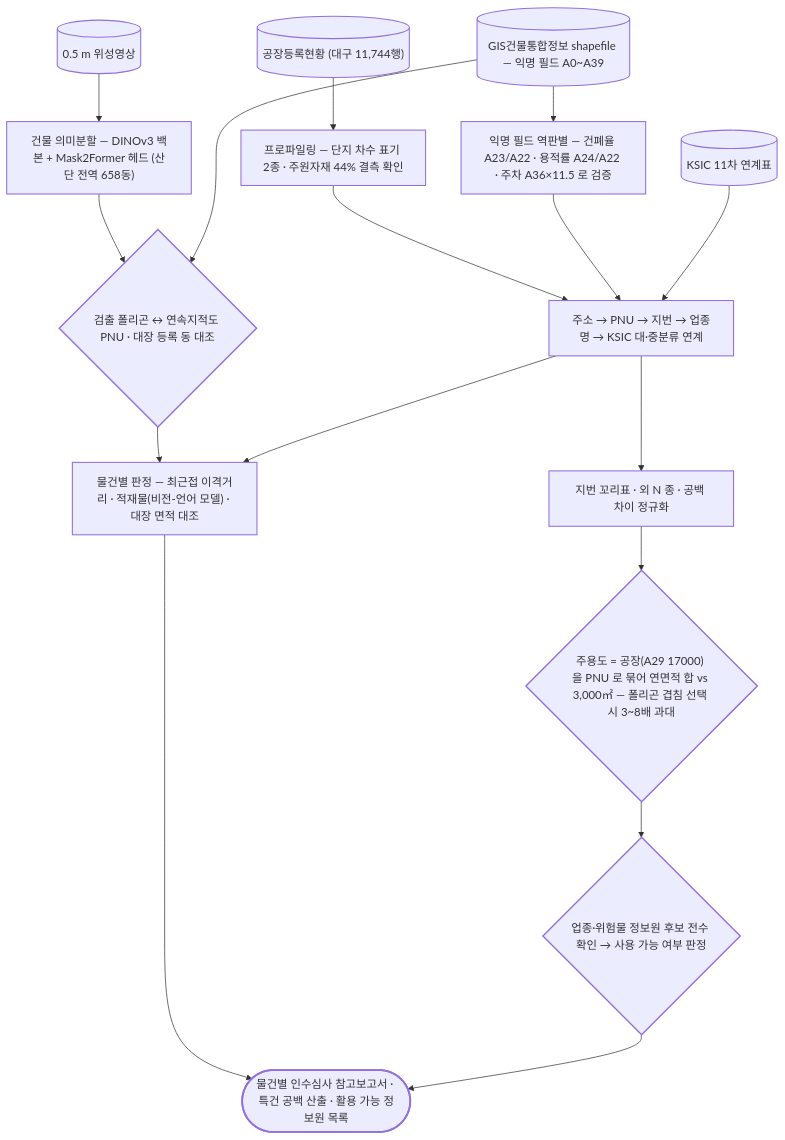
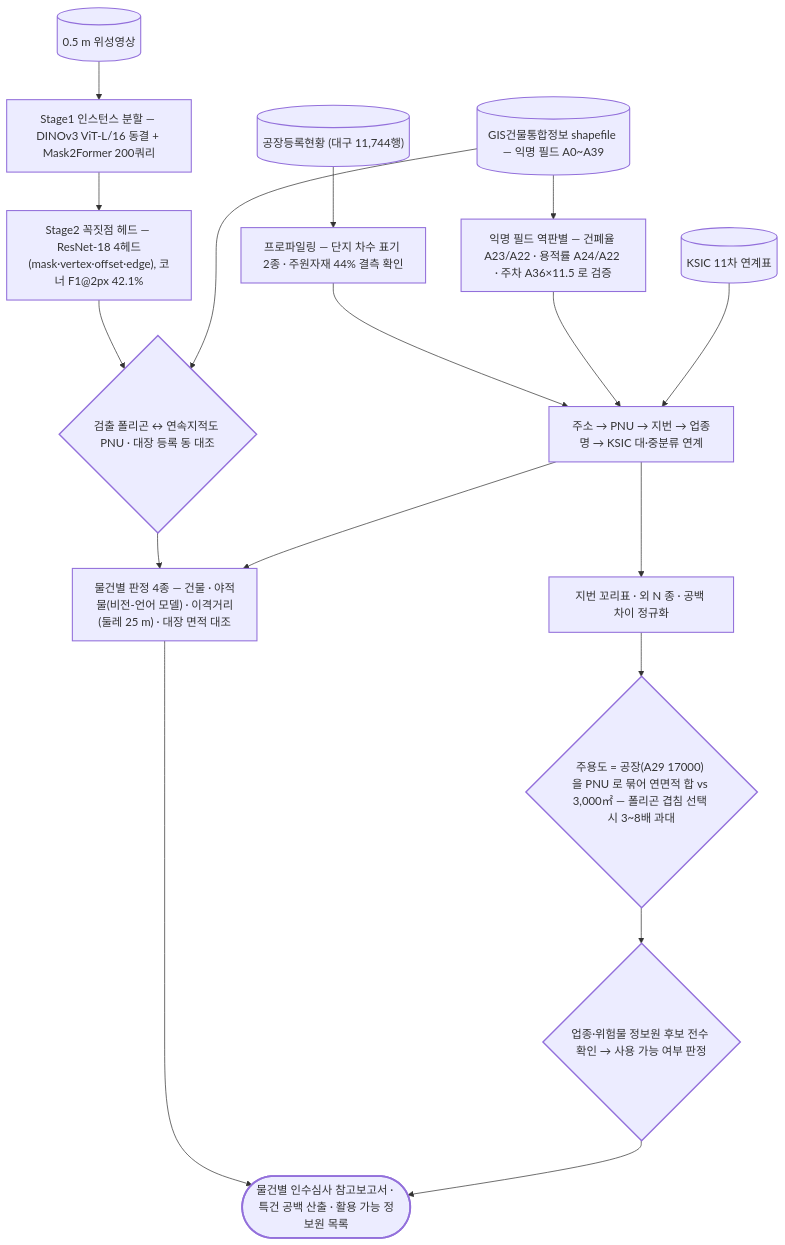
The diagram in applications/underwriting/README.md (Hyunjin-Shin00/sar-eo-analysis), drawn with Mermaid before and after one commit. The commit also changed other lines of this file and 128 other files, not shown here.

````diff
--- a/applications/underwriting/README.md
+++ b/applications/underwriting/README.md
@@ -7,50 +7,53 @@
 ```mermaid
 flowchart TD
     classDef data stroke-width:1.5px
     classDef proc stroke-width:1.5px
     classDef dec stroke-width:2px
     classDef out stroke-width:2.5px
     img[("0.5 m 위성영상")]
-    seg["건물 의미분할 — DINOv3 백본 + Mask2Former 헤드 (산단 전역 658동)"]
+    seg["Stage1 인스턴스 분할 — DINOv3 ViT-L/16 동결 + Mask2Former 200쿼리"]
+    poly["Stage2 꼭짓점 헤드 — ResNet-18 4헤드(mask·vertex·offset·edge), 코너 F1@2px 42.1%"]
     match{"검출 폴리곤 ↔ 연속지적도 PNU · 대장 등록 동 대조"}
-    verdict["물건별 판정 — 최근접 이격거리 · 적재물(비전-언어 모델) · 대장 면적 대조"]
+    verdict["물건별 판정 4종 — 건물 · 야적물(비전-언어 모델) · 이격거리(둘레 25 m) · 대장 면적 대조"]
     fac[("공장등록현황 (대구 11,744행)")]
     bld[("GIS건물통합정보 shapefile — 익명 필드 A0~A39")]
     ksic[("KSIC 11차 연계표")]
     prof["프로파일링 — 단지 차수 표기 2종 · 주원자재 44% 결측 확인"]
     rev["익명 필드 역판별 — 건폐율 A23/A22 · 용적률 A24/A22 · 주차 A36×11.5 로 검증"]
     link["주소 → PNU → 지번 → 업종명 → KSIC 대·중분류 연계"]
     norm["지번 꼬리표 · 외 N 종 · 공백 차이 정규화"]
     pnu{"주용도 = 공장(A29 17000) 을 PNU 로 묶어 연면적 합 vs 3,000㎡ — 폴리곤 겹침 선택 시 3~8배 과대"}
     src{"업종·위험물 정보원 후보 전수 확인 → 사용 가능 여부 판정"}
     out(["물건별 인수심사 참고보고서 · 특건 공백 산출 · 활용 가능 정보원 목록"])
     img --> seg
-    seg --> match
+    seg --> poly
+    poly --> match
     bld --> match
     match --> verdict
     fac --> prof
     bld --> rev
     prof --> link
     rev --> link
     ksic --> link
     link --> norm
     norm --> pnu
     pnu --> src
     link --> verdict
     verdict --> out
     src --> out
     class img data
     class seg proc
+    class poly proc
     class match dec
     class verdict proc
     class fac data
     class bld data
     class ksic data
     class prof proc
     class rev proc
     class link proc
     class norm proc
     class pnu dec
     class src dec
     class out out
 ```
````
